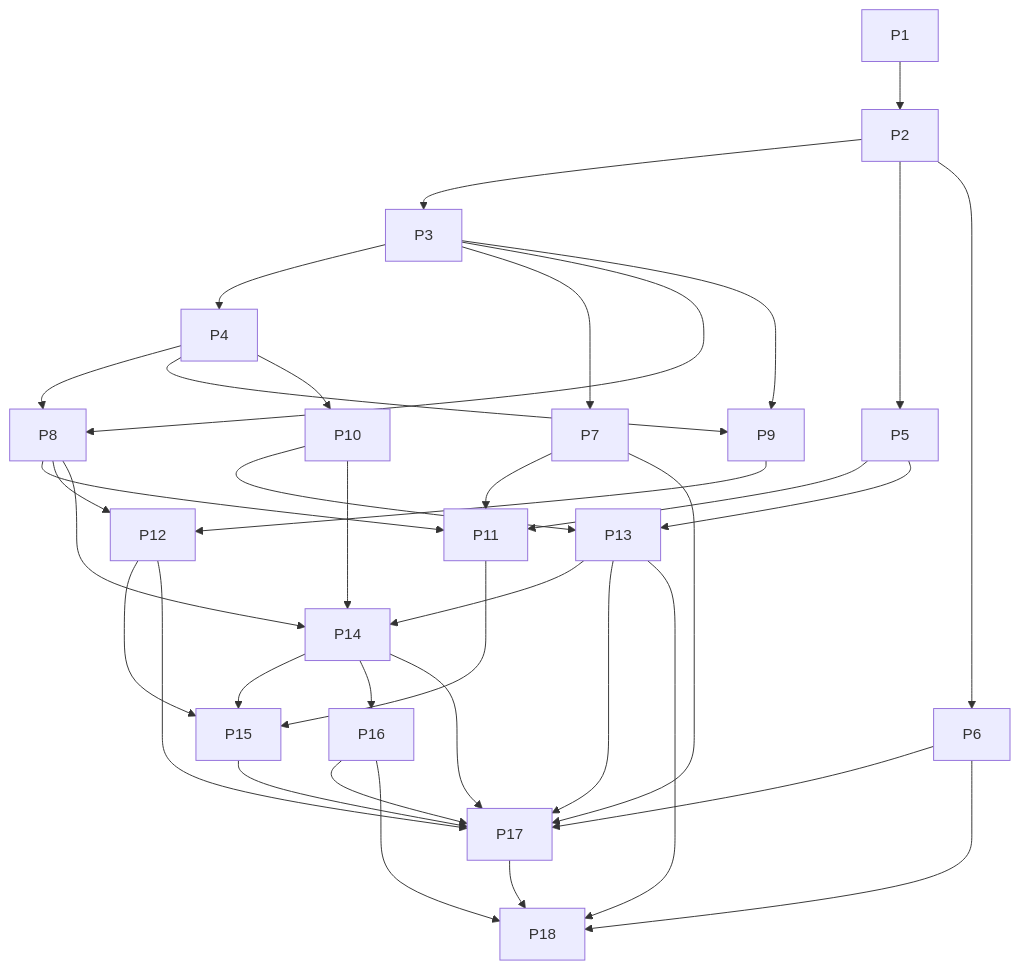
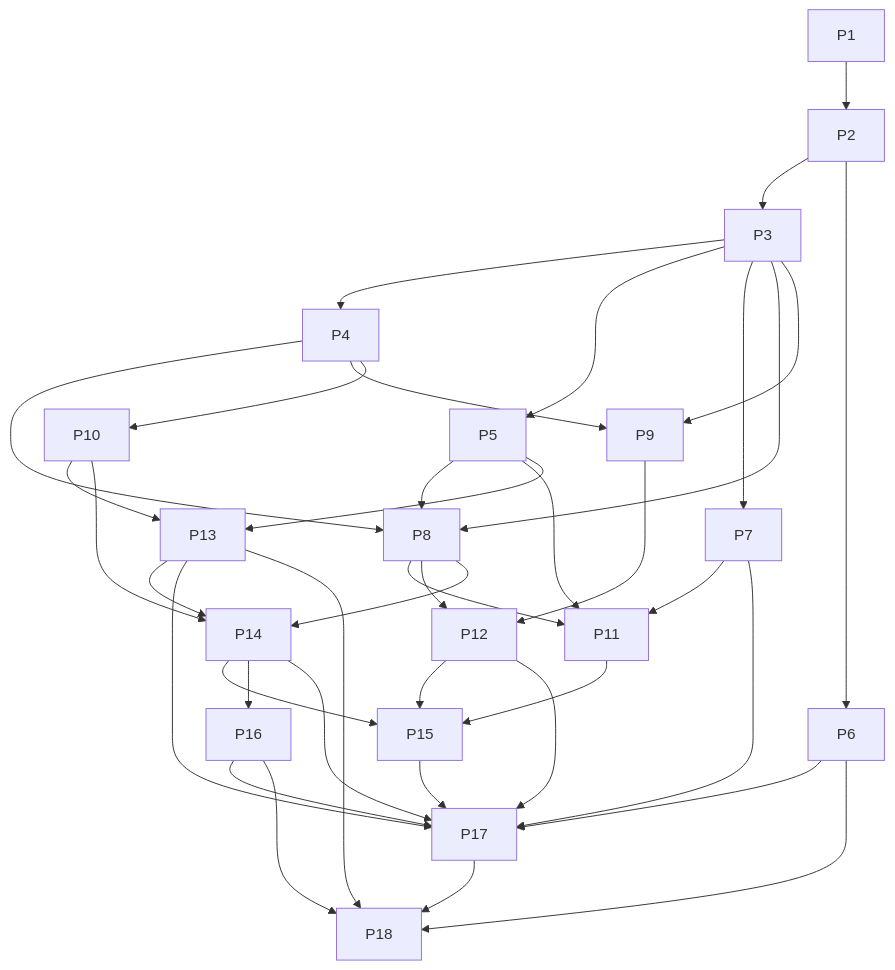
One commit to teamupstart/mission-control changed the diagram in docs/plans/headless-mode-implementation/phased-plan.md. Above: the diagram before and after it, drawn with Mermaid. The commit also changed other lines of this file and 9 other files, not shown here.

````diff
--- a/docs/plans/headless-mode-implementation/phased-plan.md
+++ b/docs/plans/headless-mode-implementation/phased-plan.md
@@ -100,39 +102,40 @@
 ```mermaid
 flowchart TD
   P1 --> P2
   P2 --> P3
   P3 --> P4
-  P2 --> P5
+  P3 --> P5
   P2 --> P6
   P3 --> P7
   P3 --> P8
   P4 --> P8
+  P5 --> P8
   P3 --> P9
   P4 --> P9
   P4 --> P10
   P8 --> P11
   P5 --> P11
   P7 --> P11
   P8 --> P12
   P9 --> P12
   P10 --> P13
   P5 --> P13
   P8 --> P14
   P10 --> P14
   P13 --> P14
   P11 --> P15
   P12 --> P15
   P14 --> P15
   P14 --> P16
   P14 --> P17
   P15 --> P17
   P12 --> P17
   P7 --> P17
   P13 --> P17
   P6 --> P17
   P16 --> P17
   P6 --> P18
   P13 --> P18
   P16 --> P18
   P17 --> P18
 ```
````
